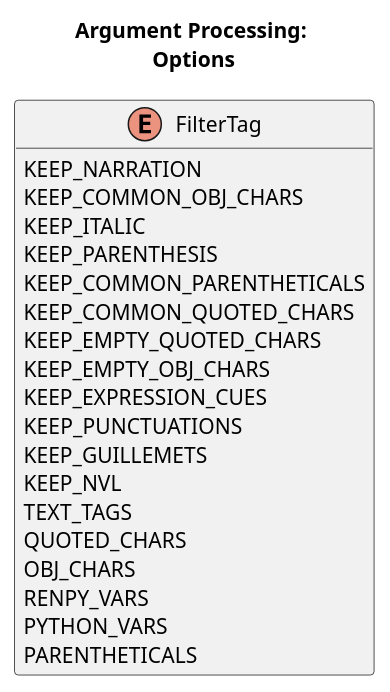
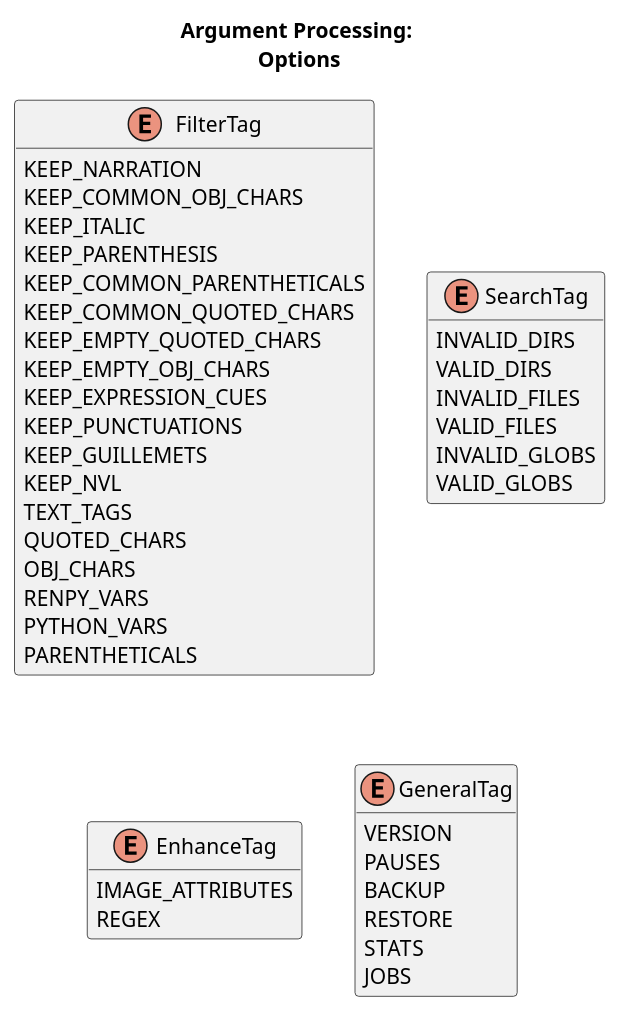
The diagram in assets/diagrams/argument-processing/options.puml (Edexaal/nonarrate), drawn with PlantUML before and after one commit. The commit also changed 25 other files, not shown here.

First line of the commit message:
feat: Basic support for dialogue with image attributes.

```diff
--- a/assets/diagrams/argument-processing/options.puml
+++ b/assets/diagrams/argument-processing/options.puml
@@ -1,24 +1,47 @@
 @startuml
 hide empty members
 title "Argument Processing: \nOptions"
 enum FilterTag {
   KEEP_NARRATION
   KEEP_COMMON_OBJ_CHARS
   KEEP_ITALIC
   KEEP_PARENTHESIS
   KEEP_COMMON_PARENTHETICALS
   KEEP_COMMON_QUOTED_CHARS
   KEEP_EMPTY_QUOTED_CHARS
   KEEP_EMPTY_OBJ_CHARS
   KEEP_EXPRESSION_CUES
   KEEP_PUNCTUATIONS
   KEEP_GUILLEMETS
   KEEP_NVL
   TEXT_TAGS
   QUOTED_CHARS
   OBJ_CHARS
   RENPY_VARS
   PYTHON_VARS
   PARENTHETICALS
 }
+
+enum SearchTag {
+  INVALID_DIRS 
+  VALID_DIRS 
+  INVALID_FILES
+  VALID_FILES 
+  INVALID_GLOBS
+  VALID_GLOBS 
+}
+
+enum EnhanceTag {
+  IMAGE_ATTRIBUTES
+  REGEX
+}
+
+enum GeneralTag {
+  VERSION
+  PAUSES
+  BACKUP
+  RESTORE
+  STATS
+  JOBS
+}
 @enduml
```
